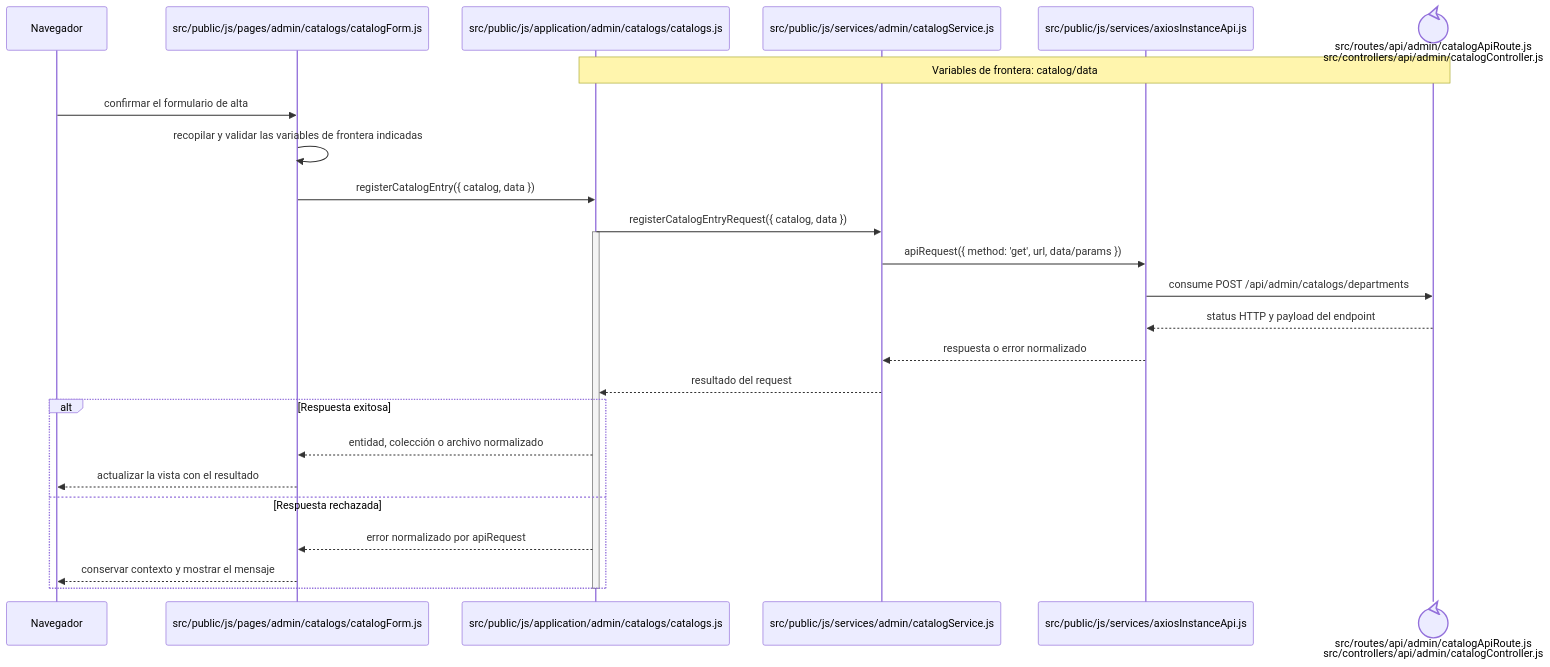
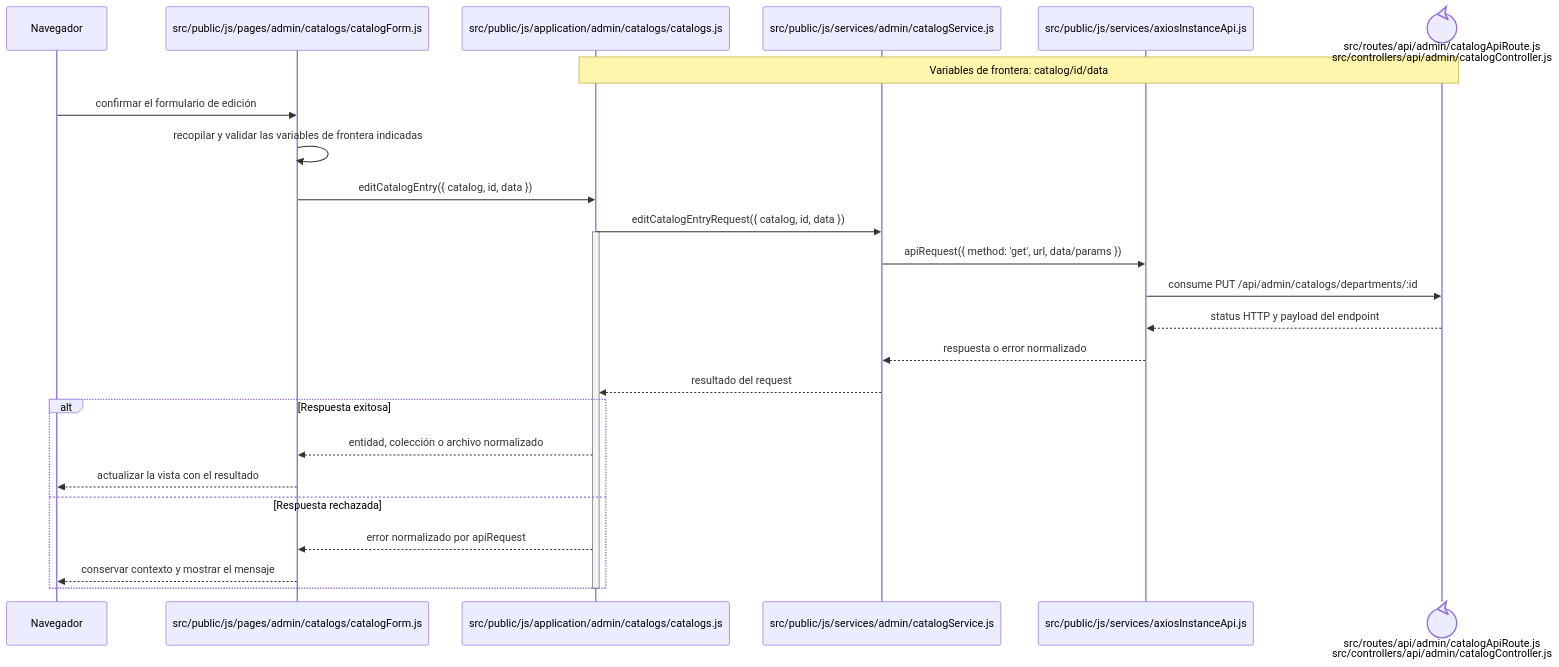
Before and after one commit to gpgsistemas01/nexus: the diagram in docs/architecture/frontend-code-sequences/catalogs/cu-cat-11.md, drawn with Mermaid. The commit also changed other lines of this file and 167 other files, not shown here.

````diff
--- a/docs/architecture/frontend-code-sequences/catalogs/cu-cat-11.md
+++ b/docs/architecture/frontend-code-sequences/catalogs/cu-cat-11.md
@@ -6,29 +6,29 @@
 ```mermaid
 sequenceDiagram
     participant Browser as Navegador
     participant View as src/public/js/pages/admin/catalogs/catalogForm.js
     participant Application as src/public/js/application/admin/catalogs/catalogs.js
     participant Request as src/public/js/services/admin/catalogService.js
     participant HTTP as src/public/js/services/axiosInstanceApi.js
     participant Transport@{ "type": "control" } as src/routes/api/admin/catalogApiRoute.js<br/>src/controllers/api/admin/catalogController.js
-    Note over Application,Transport: Variables de frontera: catalog/data
+    Note over Application,Transport: Variables de frontera: catalog/id/data
 
-    Browser->>View: confirmar el formulario de alta
+    Browser->>View: confirmar el formulario de edición
     View->>View: recopilar y validar las variables de frontera indicadas
-    View->>Application: registerCatalogEntry({ catalog, data })
-    Application->>Request: registerCatalogEntryRequest({ catalog, data })
+    View->>Application: editCatalogEntry({ catalog, id, data })
+    Application->>Request: editCatalogEntryRequest({ catalog, id, data })
     activate Application
     Request->>HTTP: apiRequest({ method: 'get', url, data/params })
-    HTTP->>Transport: consume POST /api/admin/catalogs/departments
+    HTTP->>Transport: consume PUT /api/admin/catalogs/departments/:id
     Transport-->>HTTP: status HTTP y payload del endpoint
     HTTP-->>Request: respuesta o error normalizado
     Request-->>Application: resultado del request
     alt Respuesta exitosa
         Application-->>View: entidad, colección o archivo normalizado
         View-->>Browser: actualizar la vista con el resultado
     else Respuesta rechazada
         Application-->>View: error normalizado por apiRequest
         View-->>Browser: conservar contexto y mostrar el mensaje
     end
     deactivate Application
 ```
````
